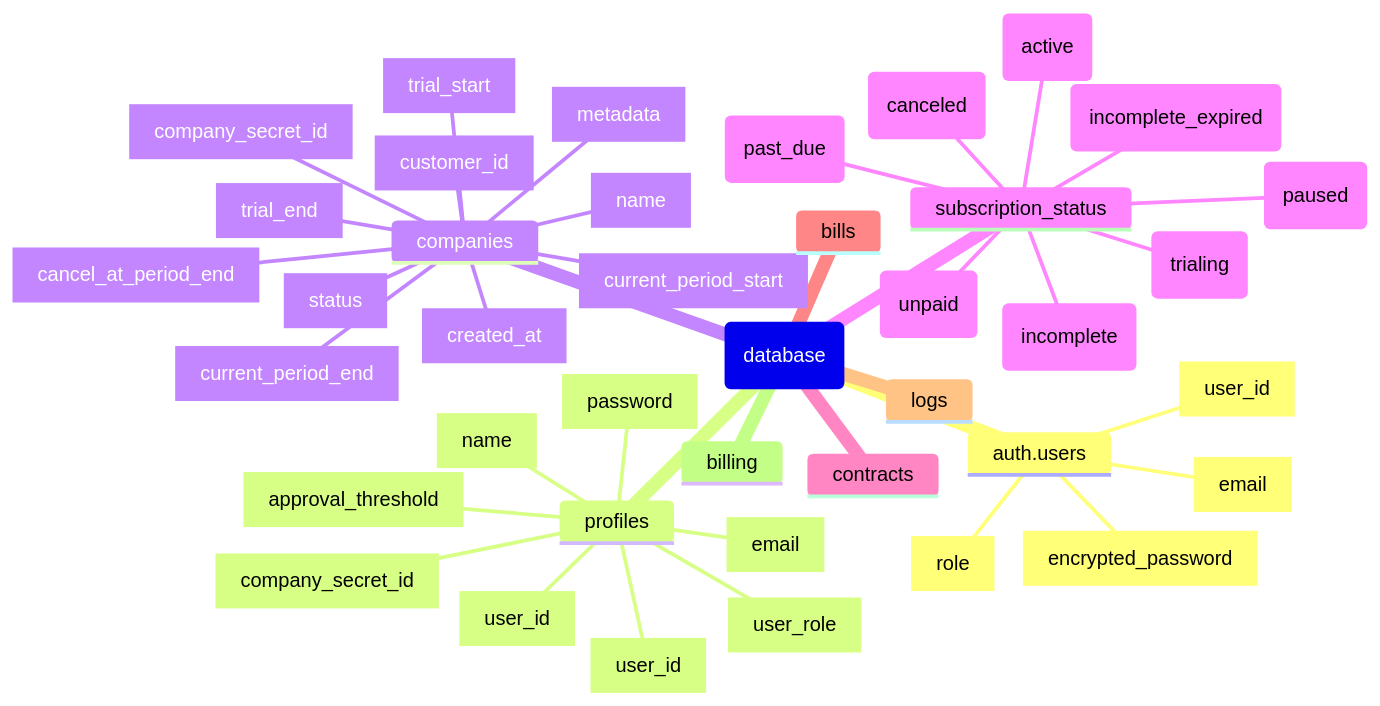
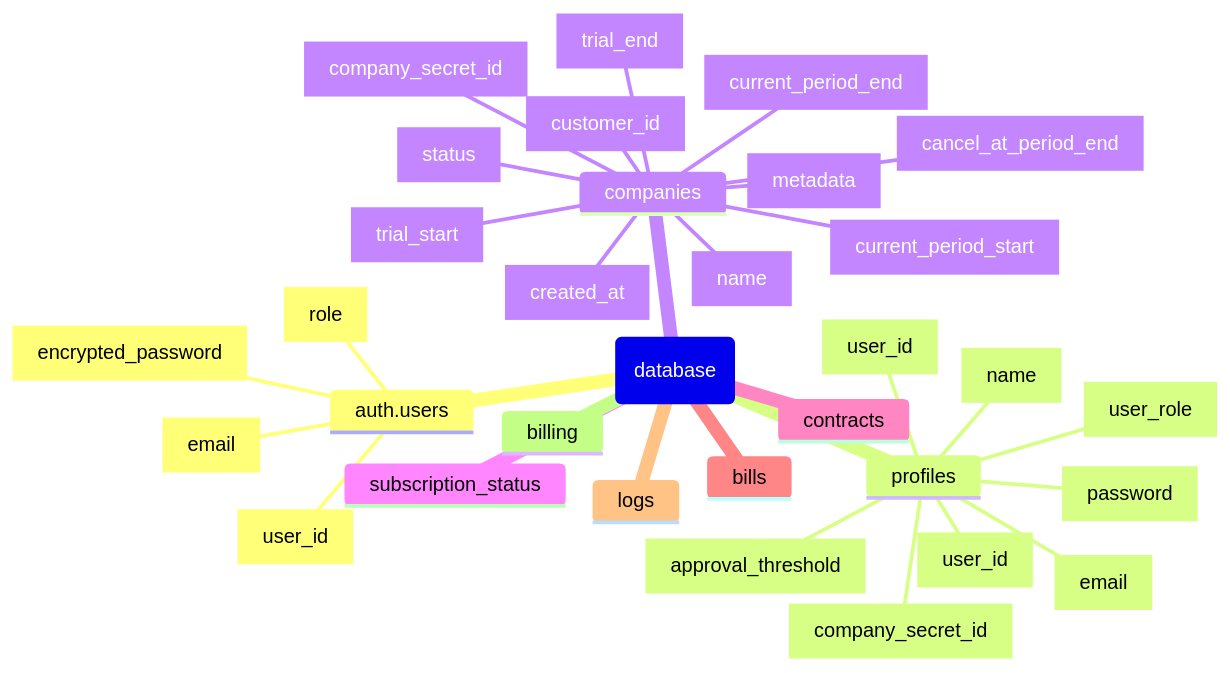
Before and after one commit to startino/futino: the second of 2 diagrams in apps/oak/static/sitemap.md, drawn with Mermaid. The commit also changed 31 other files, not shown here.

````diff
--- a/apps/oak/static/sitemap.md
+++ b/apps/oak/static/sitemap.md
@@ -63,45 +63,38 @@
 ```mermaid
 
 mindmap
     root(database)
         auth.users
             [user_id]
             [role]
             [email]
             [encrypted_password]
         profiles
             [user_id]
             [company_secret_id]
             [user_role]
             [user_id]
             [name]
             [email]
             [password]
             [approval_threshold]
         companies
             [company_secret_id]
             [name]
             [customer_id]
             [status]
             [cancel_at_period_end]
             [created_at]
             [current_period_start]
             [current_period_end]
             [trial_start]
             [trial_end]
             [metadata]
         subscription_status
-            (trialing)
-            (active)
-            (canceled)
-            (incomplete)
-            (incomplete_expired)
-            (past_due)
-            (unpaid)
-            (paused)
+
 
         contracts
         bills
         logs
         billing
 ```
````
